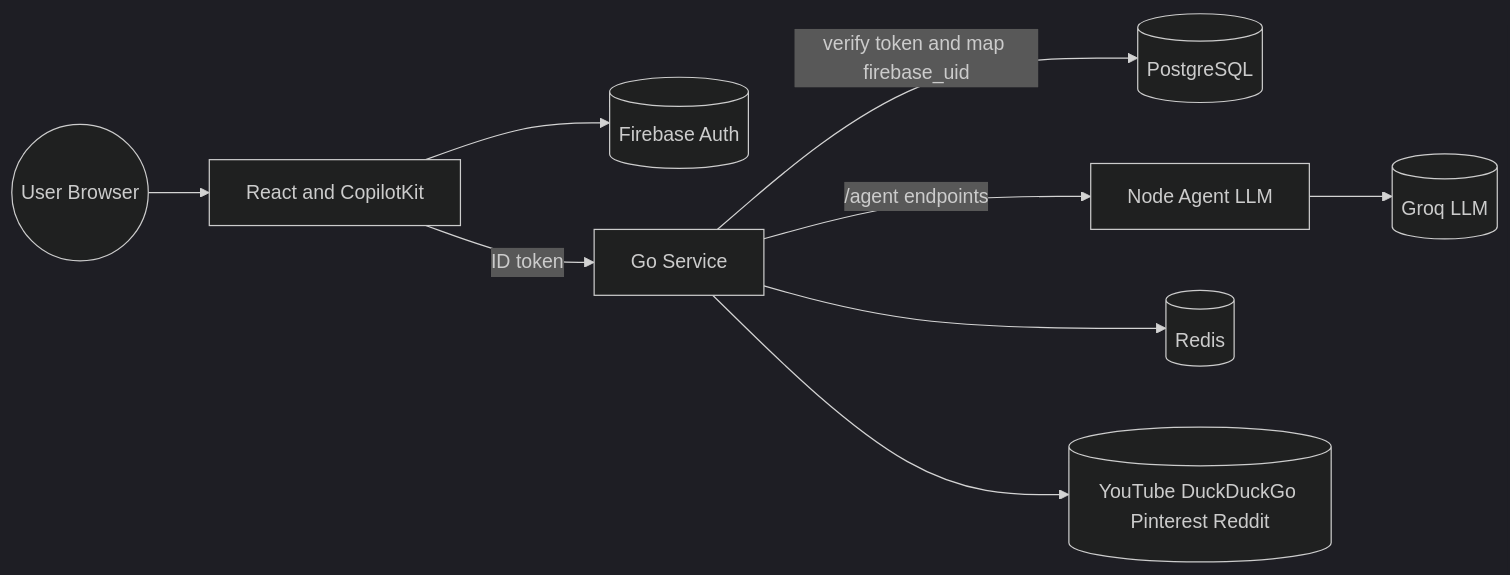
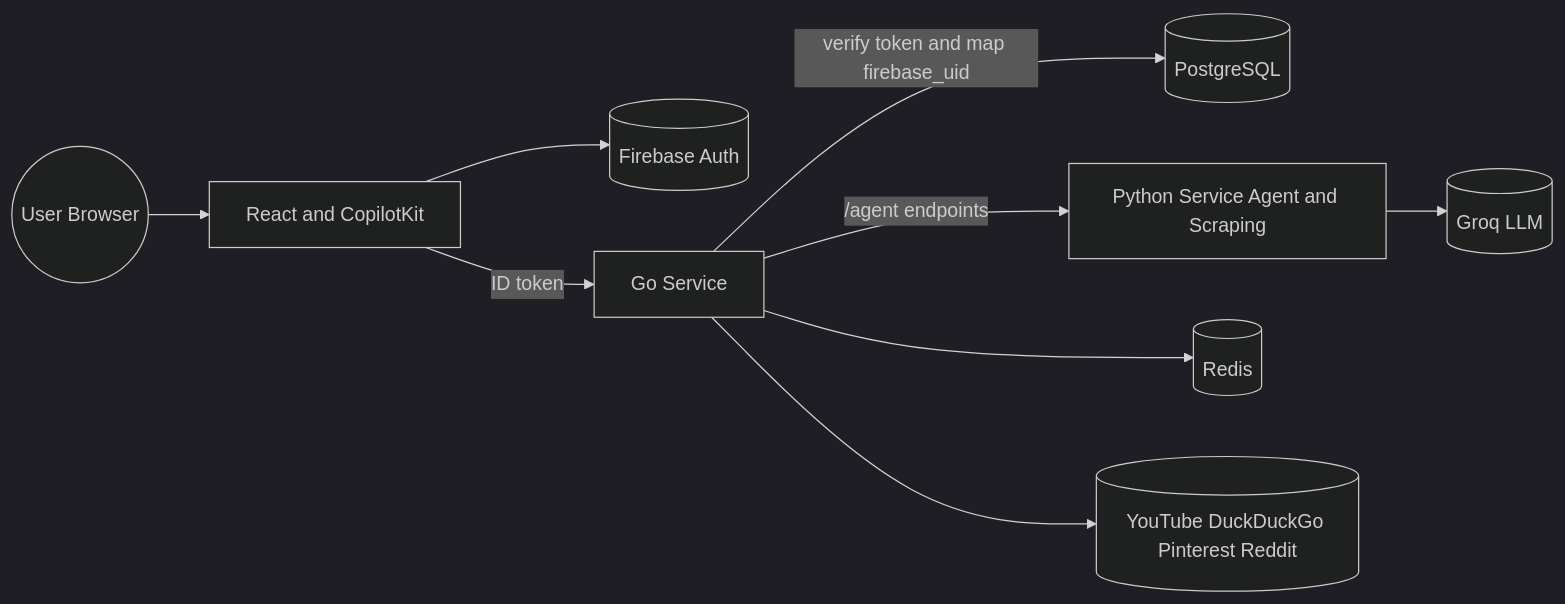
The diagram in architecture/01-high-level-architecture.md (garvishtayal/dis-connect), drawn with Mermaid (dark theme) before and after one commit. The commit also changed 11 other files, not shown here.

Commit message:
feat(global): using python for scrapping and LLM calling instead of node

````diff
--- a/architecture/01-high-level-architecture.md
+++ b/architecture/01-high-level-architecture.md
@@ -3,18 +3,18 @@
 ```mermaid
 flowchart LR
   User((User Browser))
   Firebase[(Firebase Auth)]
 
   User --> Frontend[React and CopilotKit]
   Frontend -->|ID token| GoSvc[Go Service]
   Frontend --> Firebase
 
   GoSvc -->|verify token and map firebase_uid| Postgres[(PostgreSQL)]
 
-  GoSvc -->|/agent endpoints| NodeAgent[Node Agent LLM]
+  GoSvc -->|/agent endpoints| PyAgent[Python Service Agent and Scraping]
 
   GoSvc --> Redis[(Redis)]
 
   GoSvc --> ExtAPIs[(YouTube DuckDuckGo Pinterest Reddit)]
-  NodeAgent --> Groq[(Groq LLM)]
+  PyAgent --> Groq[(Groq LLM)]
 ```
````
